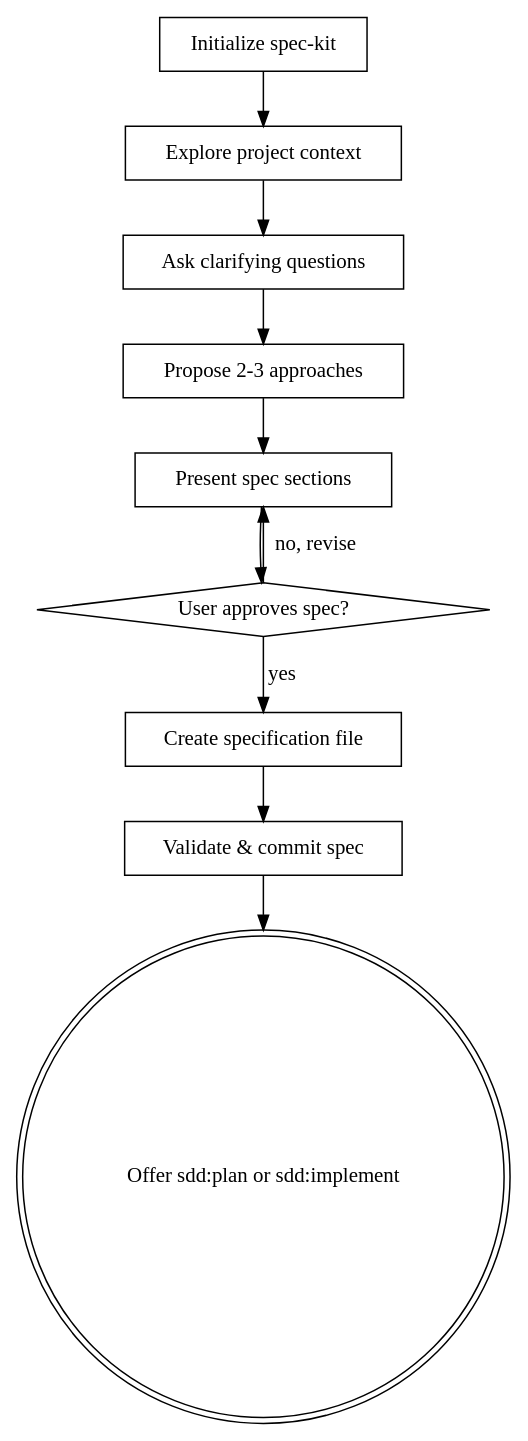
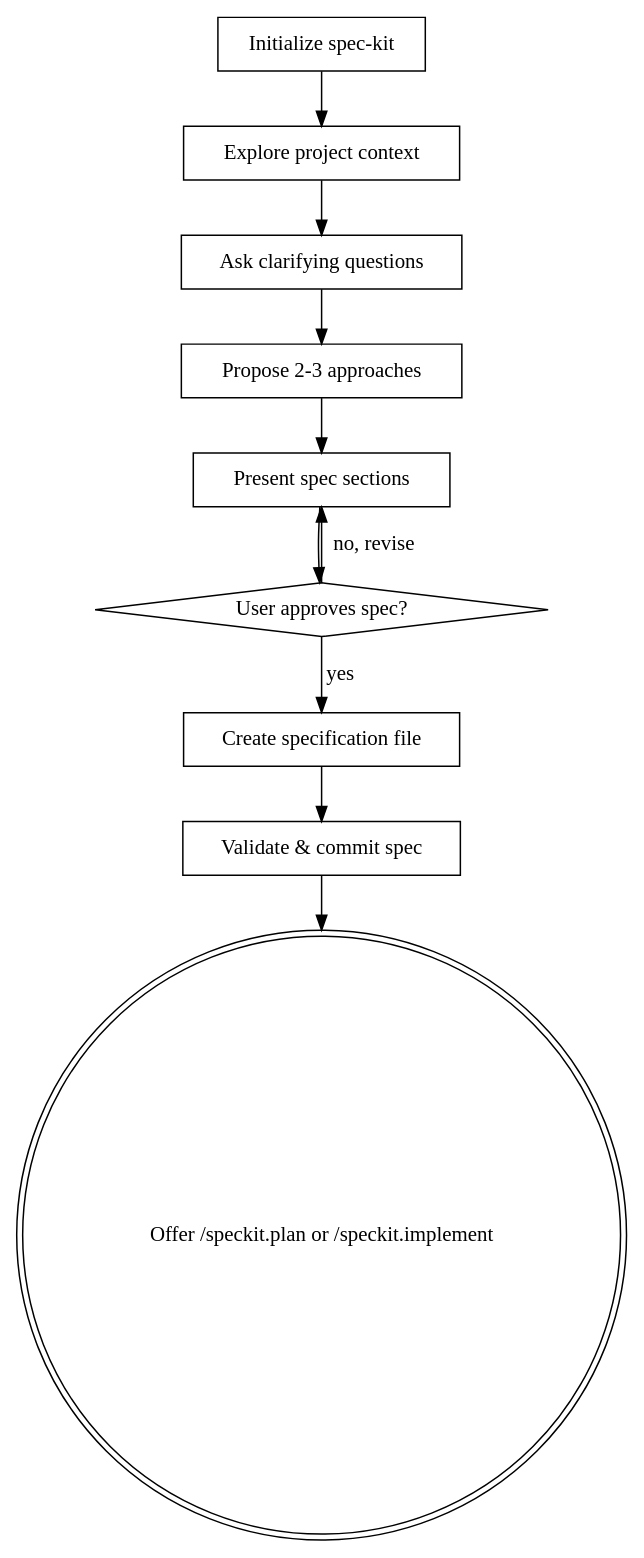
One commit to rhuss/cc-sdd changed the diagram in sdd/skills/brainstorm/SKILL.md. Above: the diagram before and after it, drawn with Graphviz. The commit also changed other lines of this file and 22 other files, not shown here.

First line of the commit message:
Consolidate SDD commands into spec-kit trait overlays (Spec 003)

````diff
--- a/sdd/skills/brainstorm/SKILL.md
+++ b/sdd/skills/brainstorm/SKILL.md
@@ -43,23 +43,23 @@
 ```dot
 digraph brainstorming {
     "Initialize spec-kit" [shape=box];
     "Explore project context" [shape=box];
     "Ask clarifying questions" [shape=box];
     "Propose 2-3 approaches" [shape=box];
     "Present spec sections" [shape=box];
     "User approves spec?" [shape=diamond];
     "Create specification file" [shape=box];
     "Validate & commit spec" [shape=box];
-    "Offer sdd:plan or sdd:implement" [shape=doublecircle];
+    "Offer /speckit.plan or /speckit.implement" [shape=doublecircle];
 
     "Initialize spec-kit" -> "Explore project context";
     "Explore project context" -> "Ask clarifying questions";
     "Ask clarifying questions" -> "Propose 2-3 approaches";
     "Propose 2-3 approaches" -> "Present spec sections";
     "Present spec sections" -> "User approves spec?";
     "User approves spec?" -> "Present spec sections" [label="no, revise"];
     "User approves spec?" -> "Create specification file" [label="yes"];
     "Create specification file" -> "Validate & commit spec";
-    "Validate & commit spec" -> "Offer sdd:plan or sdd:implement";
+    "Validate & commit spec" -> "Offer /speckit.plan or /speckit.implement";
 }
 ```
````
